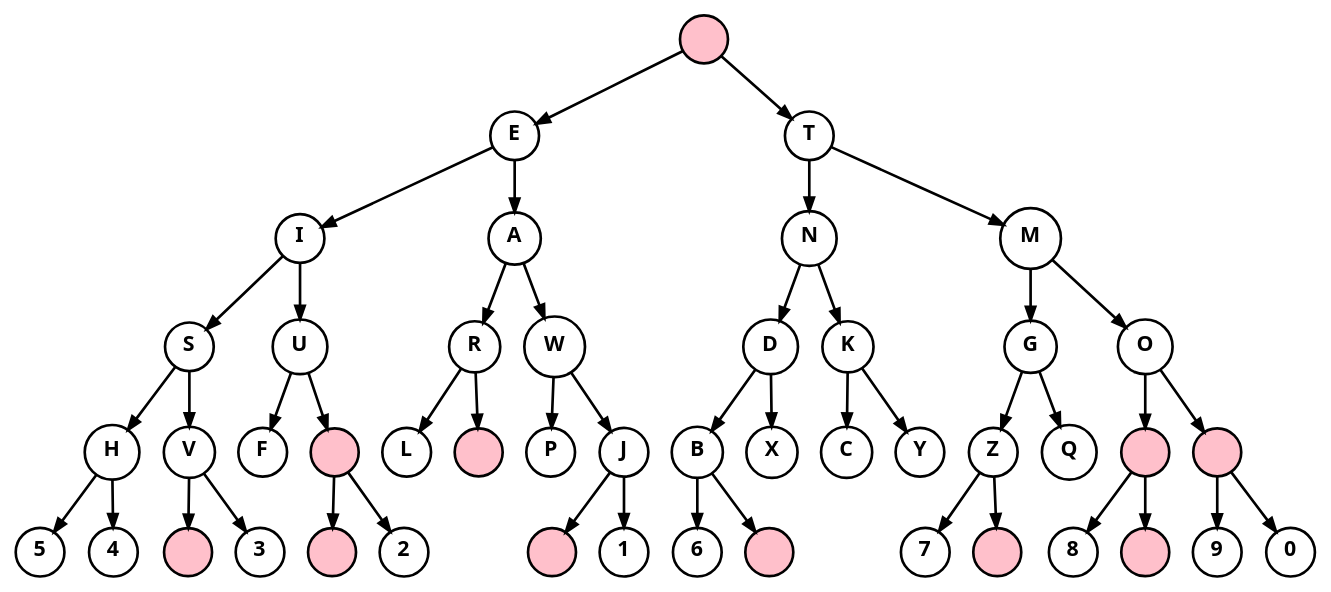
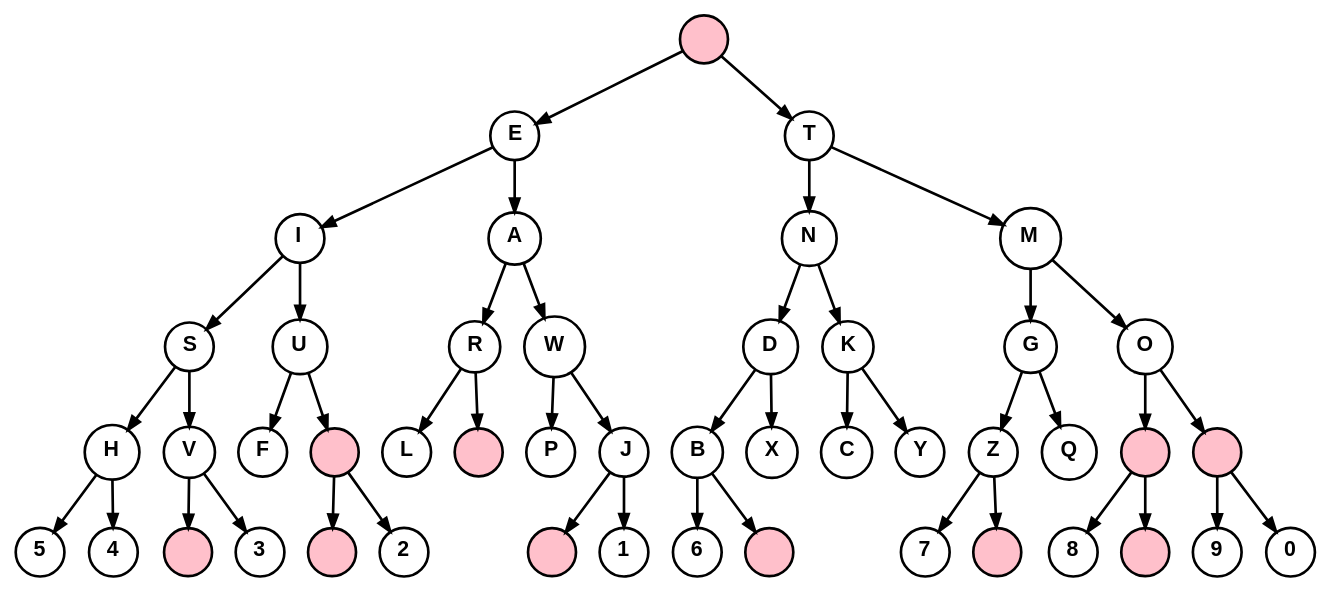
The diagram in img/diagram/morse.dot (skeeto/skeeto.github.com), drawn with Graphviz before and after one commit. The commit also changed 5 other files, not shown here.

First line of the commit message:
Use "sans-serif" instead of "sans" for diagram fonts

```diff
--- a/img/diagram/morse.dot
+++ b/img/diagram/morse.dot
@@ -1,76 +1,76 @@
 digraph {
-    node [shape=circle fontname="sans" fontsize=16 penwidth=2];
+    node [shape=circle fontname="sans-serif" fontsize=16 penwidth=2];
     edge [penwidth=2]
     a->E; a->T;
     E->I; E->A;
     T->N; T->M;
     I->S; I->U;
     A->R; A->W;
     N->D; N->K;
     M->G; M->O;
     S->H; S->V;
     U->F; U->b;
     R->L; R->c;
     W->P; W->J;
     D->B; D->X;
     K->C; K->Y;
     G->Z; G->Q;
     O->d; O->e;
     H->5; H->4;
     V->f; V->3;
     b->g; b->2;
     J->h; J->1;
     B->6; B->i;
     Z->7; Z->j;
     d->8; d->k;
     e->9; e->0;
 
     a [label="" shape=circle style=filled fillcolor=pink];
     b [label="" shape=circle style=filled fillcolor=pink];
     c [label="" shape=circle style=filled fillcolor=pink];
     d [label="" shape=circle style=filled fillcolor=pink];
     e [label="" shape=circle style=filled fillcolor=pink];
     f [label="" shape=circle style=filled fillcolor=pink];
     g [label="" shape=circle style=filled fillcolor=pink];
     h [label="" shape=circle style=filled fillcolor=pink];
     i [label="" shape=circle style=filled fillcolor=pink];
     j [label="" shape=circle style=filled fillcolor=pink];
     k [label="" shape=circle style=filled fillcolor=pink];
 
     0 [label=<<b>0</b>>]
     1 [label=<<b>1</b>>]
     2 [label=<<b>2</b>>]
     3 [label=<<b>3</b>>]
     4 [label=<<b>4</b>>]
     5 [label=<<b>5</b>>]
     6 [label=<<b>6</b>>]
     7 [label=<<b>7</b>>]
     8 [label=<<b>8</b>>]
     9 [label=<<b>9</b>>]
     A [label=<<b>A</b>>]
     B [label=<<b>B</b>>]
     C [label=<<b>C</b>>]
     D [label=<<b>D</b>>]
     E [label=<<b>E</b>>]
     F [label=<<b>F</b>>]
     G [label=<<b>G</b>>]
     H [label=<<b>H</b>>]
     I [label=<<b>I</b>>]
     J [label=<<b>J</b>>]
     K [label=<<b>K</b>>]
     L [label=<<b>L</b>>]
     M [label=<<b>M</b>>]
     N [label=<<b>N</b>>]
     O [label=<<b>O</b>>]
     P [label=<<b>P</b>>]
     Q [label=<<b>Q</b>>]
     R [label=<<b>R</b>>]
     S [label=<<b>S</b>>]
     T [label=<<b>T</b>>]
     U [label=<<b>U</b>>]
     V [label=<<b>V</b>>]
     W [label=<<b>W</b>>]
     X [label=<<b>X</b>>]
     Y [label=<<b>Y</b>>]
     Z [label=<<b>Z</b>>]
 }
```
